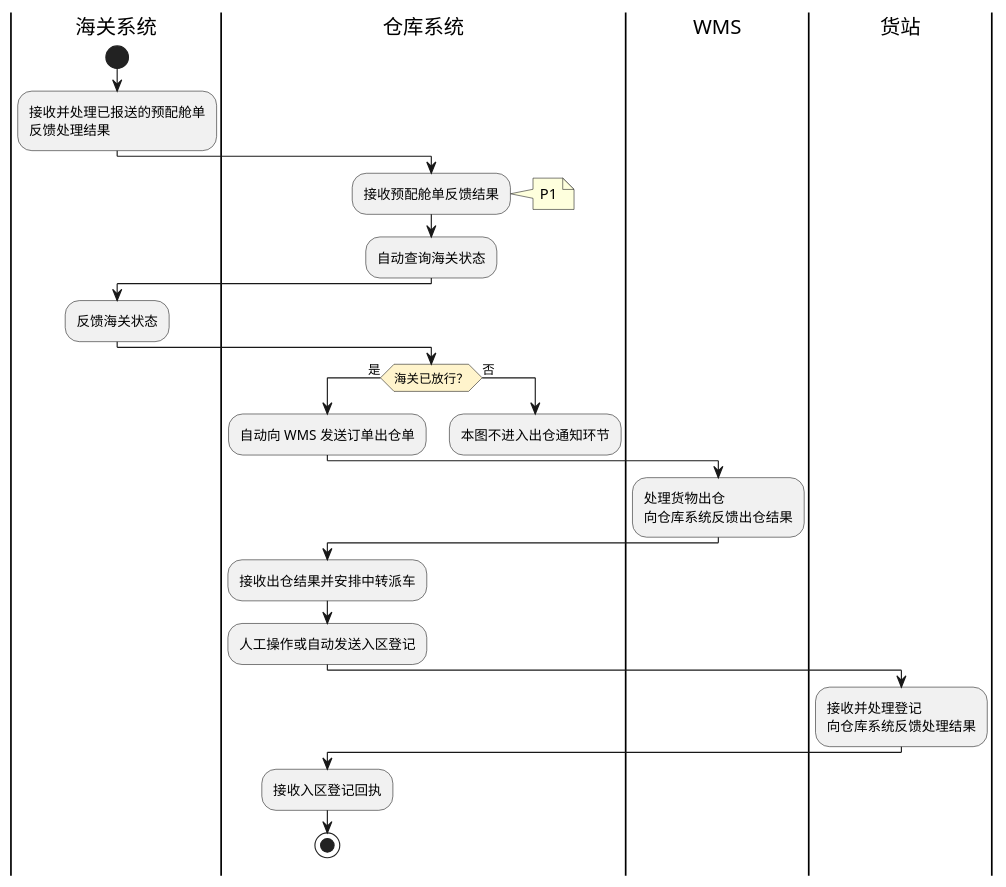
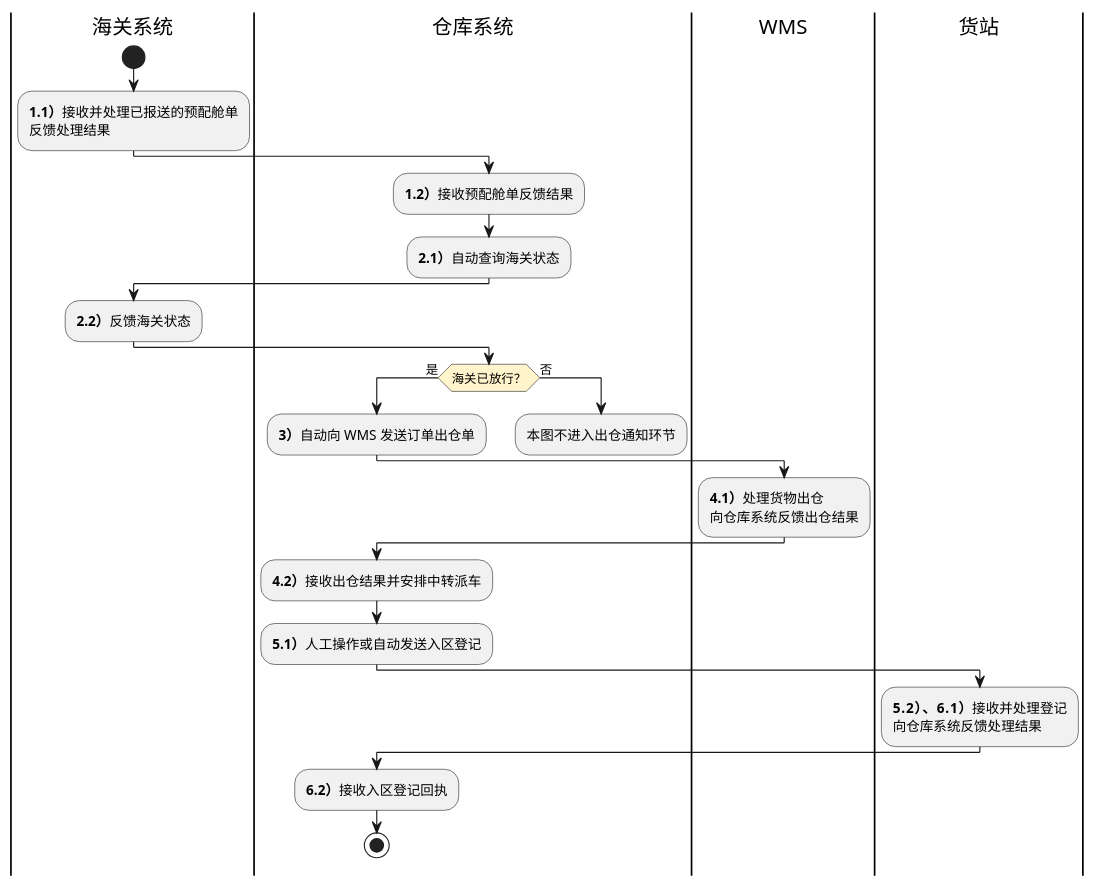
The second of 3 diagrams in product-caliber/goldjet/segmented-prd/PRD.高捷物流系统一期.第033篇.DDP跨模块作业与结算流程.7579B595B8.md (jack888332/projects-doc), drawn with PlantUML before and after one commit. The commit also changed other lines of this file and 24 other files, not shown here.

````diff
--- a/product-caliber/goldjet/segmented-prd/PRD.高捷物流系统一期.第033篇.DDP跨模块作业与结算流程.7579B595B8.md
+++ b/product-caliber/goldjet/segmented-prd/PRD.高捷物流系统一期.第033篇.DDP跨模块作业与结算流程.7579B595B8.md
@@ -98,31 +97,30 @@
 ```plantuml
 @startuml goldjet-033-customs-warehouse-terminal
 skinparam activityDiamondBackgroundColor #FFF4CC
 |海关系统|
 start
-:接收并处理已报送的预配舱单\n反馈处理结果;
+:**1.1）**接收并处理已报送的预配舱单\n反馈处理结果;
 |仓库系统|
-:接收预配舱单反馈结果;
-note right: P1
-:自动查询海关状态;
+:**1.2）**接收预配舱单反馈结果;
+:**2.1）**自动查询海关状态;
 |海关系统|
-:反馈海关状态;
+:**2.2）**反馈海关状态;
 |仓库系统|
 if (海关已放行？) then (是)
-  :自动向 WMS 发送订单出仓单;
+  :**3）**自动向 WMS 发送订单出仓单;
   |WMS|
-  :处理货物出仓\n向仓库系统反馈出仓结果;
+  :**4.1）**处理货物出仓\n向仓库系统反馈出仓结果;
   |仓库系统|
-  :接收出仓结果并安排中转派车;
-  :人工操作或自动发送入区登记;
+  :**4.2）**接收出仓结果并安排中转派车;
+  :**5.1）**人工操作或自动发送入区登记;
   |货站|
-  :接收并处理登记\n向仓库系统反馈处理结果;
+  :**5.2）、6.1）**接收并处理登记\n向仓库系统反馈处理结果;
   |仓库系统|
-  :接收入区登记回执;
+  :**6.2）**接收入区登记回执;
   stop
 else (否)
   :本图不进入出仓通知环节;
   detach
 endif
 @enduml
 ```
````
